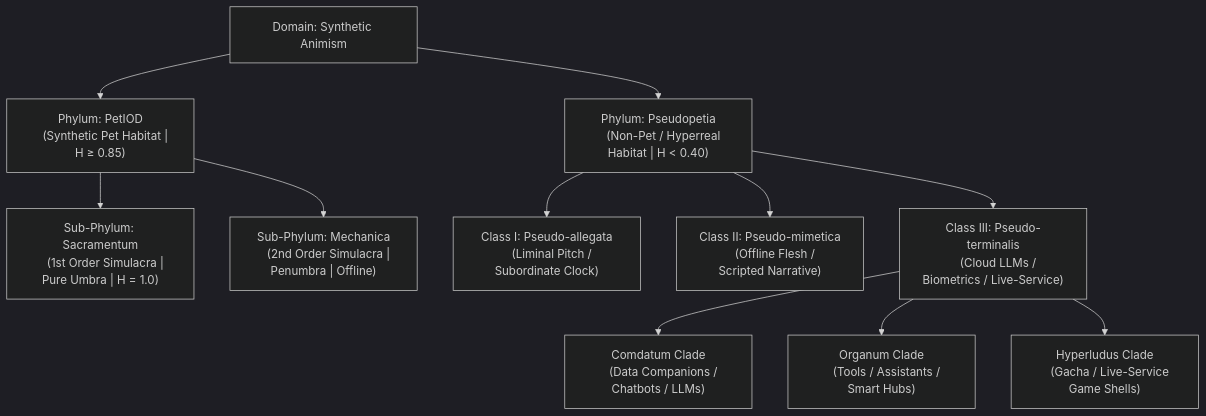
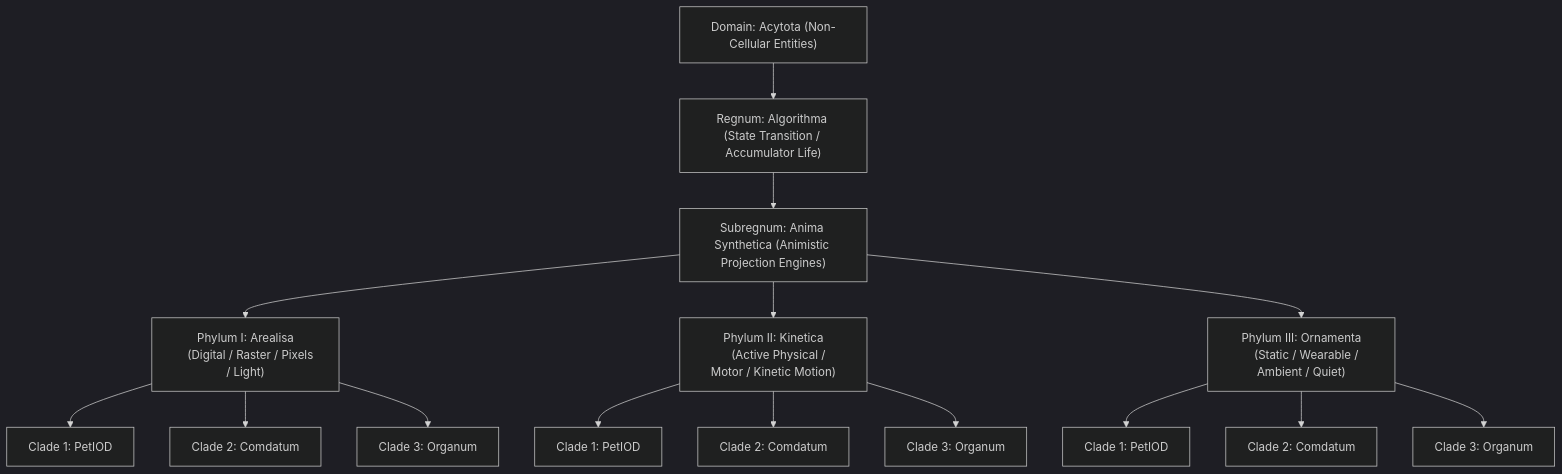
The diagram in taxonomy.md (zetathix/petiod), drawn with Mermaid (dark theme) before and after one commit. The commit also changed other lines of this file, not shown here.

````diff
--- a/taxonomy.md
+++ b/taxonomy.md
@@ -13,29 +13,25 @@
 ```mermaid
-graph TD
-    Domain["Domain: Synthetic Animism"]
+flowchart TD
+    D["Domain: Acytota (Non-Cellular Entities)"] --> R["Regnum: Algorithma (State Transition / Accumulator Life)"]
+    R --> SR["Subregnum: Anima Synthetica (Animistic Projection Engines)"]
     
-    Domain --> Phylum1["Phylum: PetIOD
-    (Synthetic Pet Habitat | H ≥ 0.85)"]
-    Domain --> Phylum2["Phylum: Pseudopetia
-    (Non-Pet / Hyperreal Habitat | H < 0.40)"]
+    SR --> P1["Phylum I: Arealisa
+    (Digital / Raster / Pixels / Light)"]
+    SR --> P2["Phylum II: Kinetica
+    (Active Physical / Motor / Kinetic Motion)"]
+    SR --> P3["Phylum III: Ornamenta
+    (Static / Wearable / Ambient / Quiet)"]
     
-    Phylum1 --> SubP1["Sub-Phylum: Sacramentum
-    (1st Order Simulacra | Pure Umbra | H = 1.0)"]
-    Phylum1 --> SubP2["Sub-Phylum: Mechanica
-    (2nd Order Simulacra | Penumbra | Offline)"]
+    P1 --> C1_1["Clade 1: PetIOD"]
+    P1 --> C1_2["Clade 2: Comdatum"]
+    P1 --> C1_3["Clade 3: Organum"]
     
-    Phylum2 --> Class1["Class I: Pseudo-allegata
-    (Liminal Pitch / Subordinate Clock)"]
-    Phylum2 --> Class2["Class II: Pseudo-mimetica
-    (Offline Flesh / Scripted Narrative)"]
-    Phylum2 --> Class3["Class III: Pseudo-terminalis
-    (Cloud LLMs / Biometrics / Live-Service)"]
-
-    Class3 --> Clade1["Comdatum Clade
-    (Data Companions / Chatbots / LLMs)"]
-    Class3 --> Clade2["Organum Clade
-    (Tools / Assistants / Smart Hubs)"]
-    Class3 --> Clade3["Hyperludus Clade
-    (Gacha / Live-Service Game Shells)"]
+    P2 --> C2_1["Clade 1: PetIOD"]
+    P2 --> C2_2["Clade 2: Comdatum"]
+    P2 --> C2_3["Clade 3: Organum"]
+    
+    P3 --> C3_1["Clade 1: PetIOD"]
+    P3 --> C3_2["Clade 2: Comdatum"]
+    P3 --> C3_3["Clade 3: Organum"]
 
 ```
````
